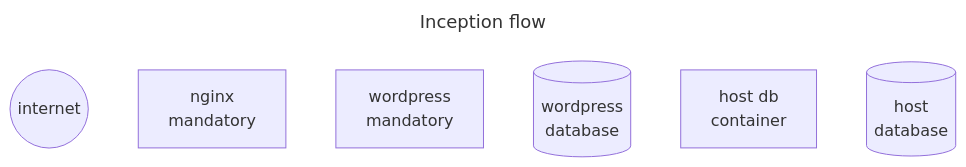
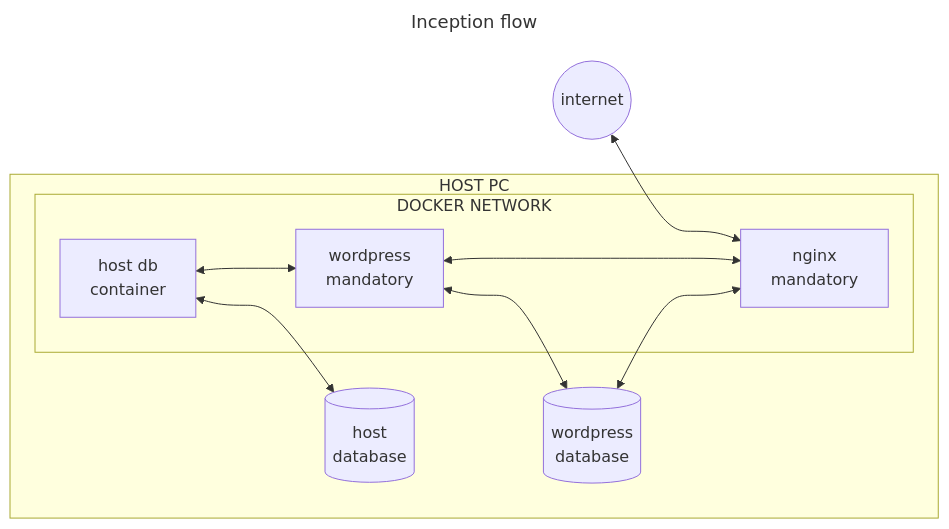
Before and after one commit to andreyvdl/42-Inception: the diagram in README.md, drawn with Mermaid.

````diff
--- a/README.md
+++ b/README.md
@@ -8,21 +8,32 @@
 ```mermaid
 ---
 title: Inception flow
 ---
 
-flowchart TB
+flowchart LR
 
 net(("internet"))
 nginxMan["nginx
   mandatory"]
 wpPHP["wordpress
   mandatory"]
 wpDB[("wordpress
   database")]
 outCont["host db
   container"]
 outDB[("host
   database")]
 
+net <---> nginxMan
+
+subgraph HOST PC
+  subgraph DOCKER NETWORK
+    outCont <---> wpPHP
+    wpPHP <---> nginxMan
+  end
+  outCont <---> outDB
+  wpPHP <---> wpDB
+  wpDB <---> nginxMan
+end
 
 ```
````
